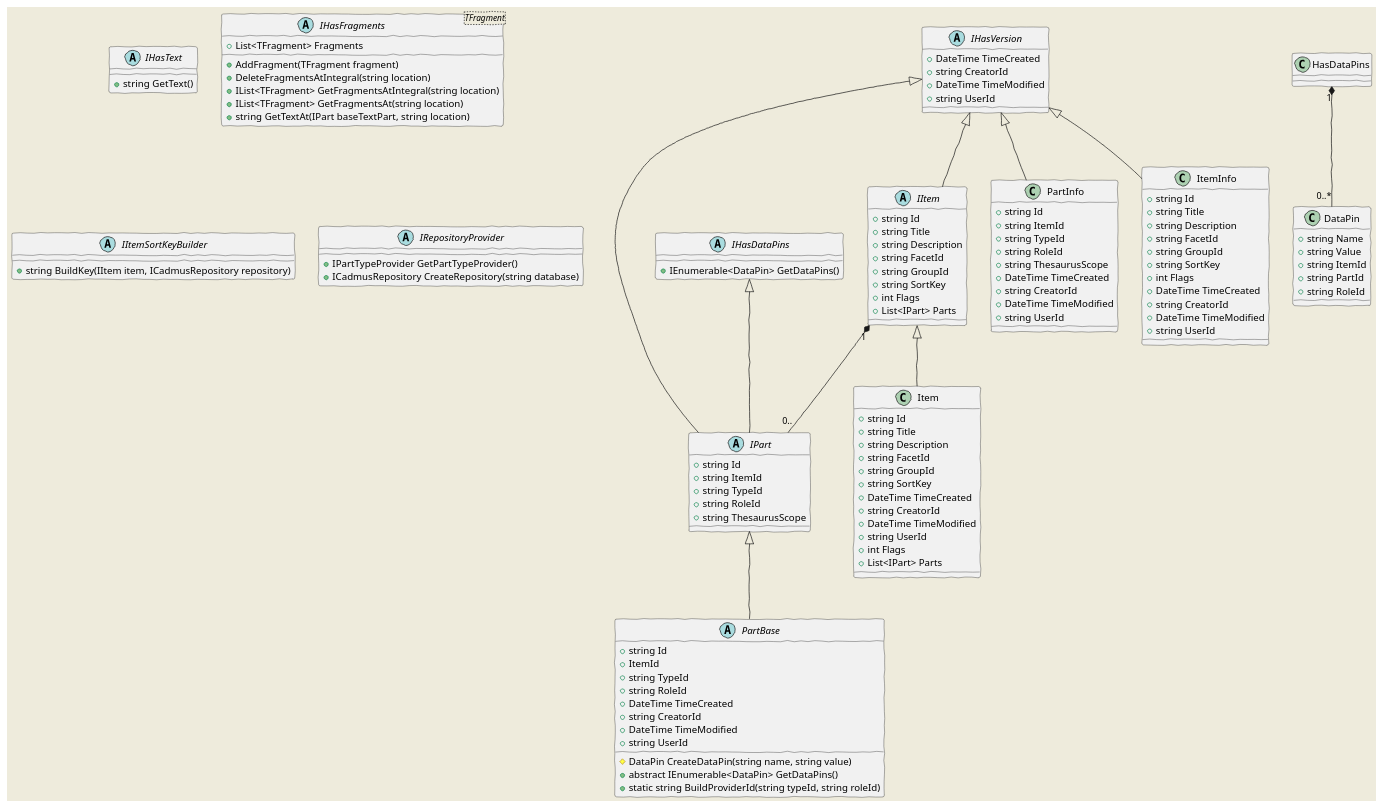
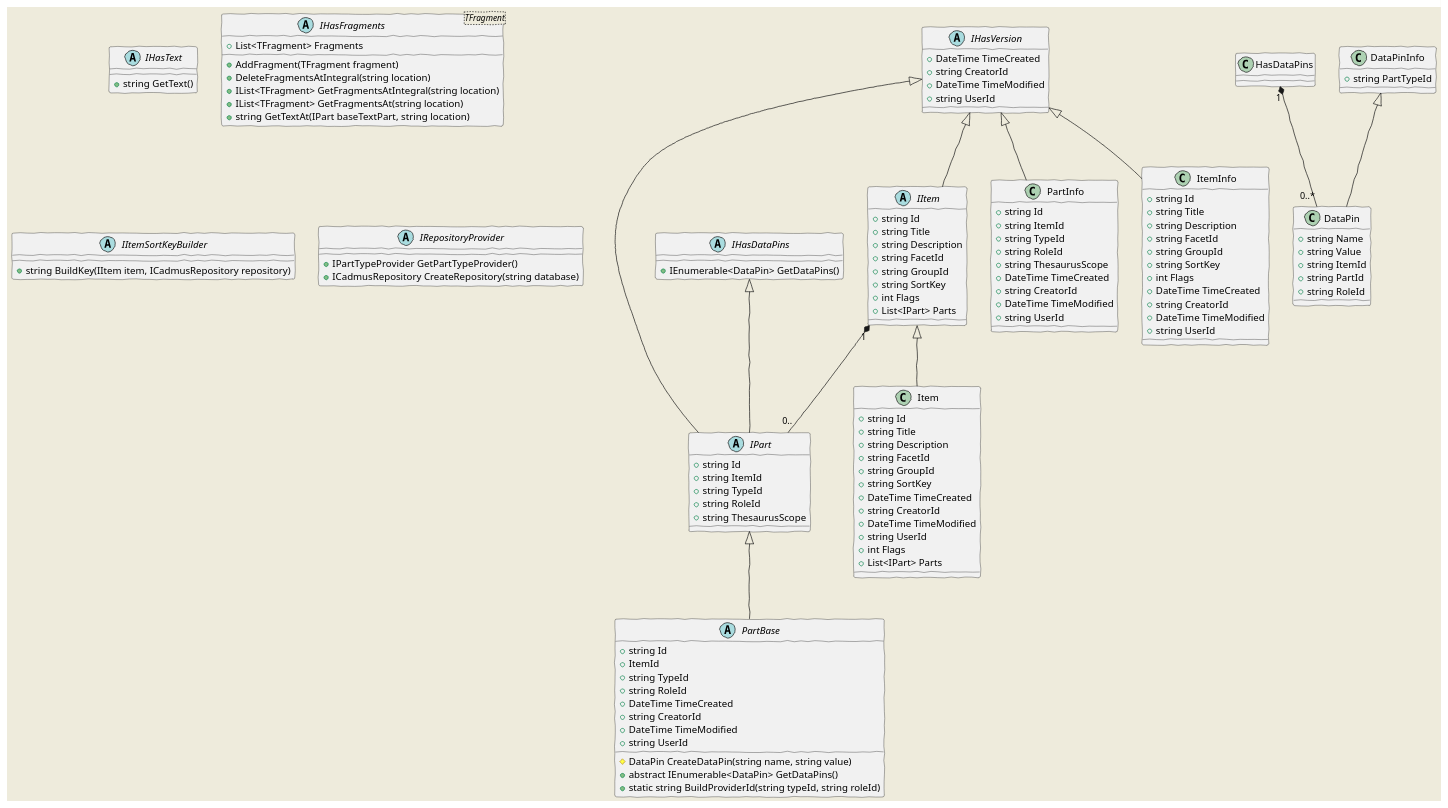
The first of 4 diagrams in Doc/core.md (vedph/cadmus_core), drawn with PlantUML before and after one commit. The commit also changed 19 other files, not shown here.

```diff
--- a/Doc/core.md
+++ b/Doc/core.md
@@ -34,6 +34,9 @@
     DataPin : +string ItemId
     DataPin : +string PartId
     DataPin : +string RoleId
+
+    DataPinInfo <|-- DataPin
+    DataPinInfo : +string PartTypeId
 
     abstract class "IHasFragments<TFragment>" as IHasFragmentsT
     IHasFragmentsT : +List<TFragment> Fragments
```
